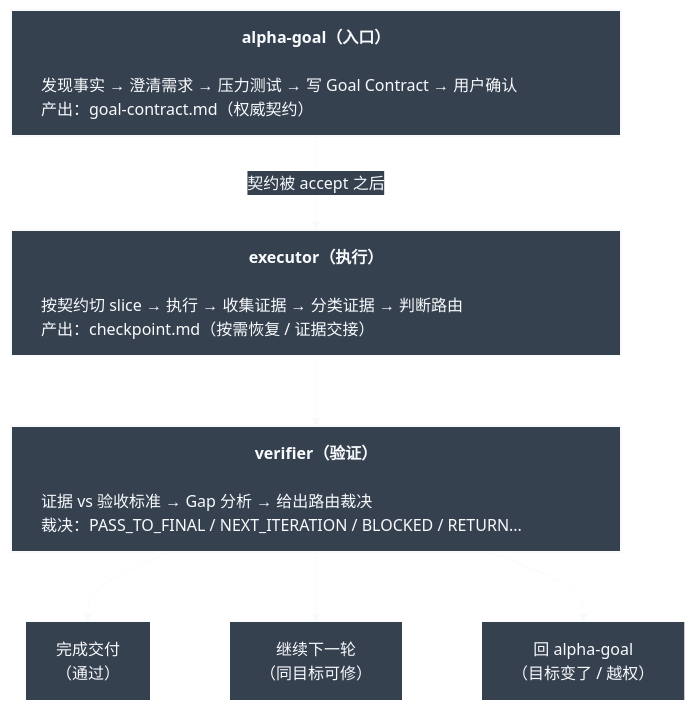
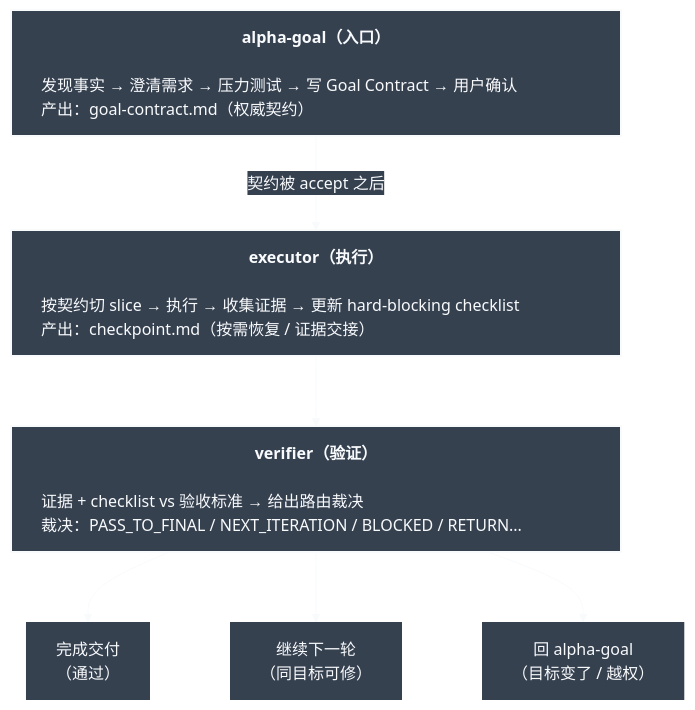
Before and after one commit to azhonglee/alpha-goal: the diagram in README.md, drawn with Mermaid. The commit also changed other lines of this file and 18 other files, not shown here.

````diff
--- a/README.md
+++ b/README.md
@@ -42,18 +42,18 @@
 ```mermaid
 %%{init: {"theme":"base","flowchart":{"wrappingWidth":500,"nodeSpacing":80,"rankSpacing":70,"htmlLabels":true},"markdownAutoWrap":false,"themeVariables":{"background":"#364150","primaryColor":"#364150","primaryTextColor":"#f8fafc","primaryBorderColor":"#f8fafc","lineColor":"#f8fafc","edgeLabelBackground":"#364150","fontFamily":"ui-monospace, SFMono-Regular, Menlo, Monaco, Consolas, monospace"}}}%%
 flowchart TD
   AG["<div align='center'><strong>alpha-goal（入口）</strong></div><div align='left' style='width:550px'><br/>发现事实 → 澄清需求 → 压力测试 → 写 Goal Contract → 用户确认<br/>产出：goal-contract.md（权威契约）</div>"]
-  CL["<div align='center'><strong>executor（执行）</strong></div><div align='left' style='width:550px'><br/>按契约切 slice → 执行 → 收集证据 → 分类证据 → 判断路由<br/>产出：checkpoint.md（按需恢复 / 证据交接）</div>"]
-  GV["<div align='center'><strong>verifier（验证）</strong></div><div align='left' style='width:550px'><br/>证据 vs 验收标准 → Gap 分析 → 给出路由裁决<br/>裁决：PASS_TO_FINAL / NEXT_ITERATION / BLOCKED / RETURN...</div>"]
+  CL["<div align='center'><strong>executor（执行）</strong></div><div align='left' style='width:550px'><br/>按契约切 slice → 执行 → 收集证据 → 更新 hard-blocking checklist<br/>产出：checkpoint.md（按需恢复 / 证据交接）</div>"]
+  GV["<div align='center'><strong>verifier（验证）</strong></div><div align='left' style='width:550px'><br/>证据 + checklist vs 验收标准 → 给出路由裁决<br/>裁决：PASS_TO_FINAL / NEXT_ITERATION / BLOCKED / RETURN...</div>"]
 
   AG -->|"契约被 accept 之后"| CL
   CL --> GV
   GV --> Pass["完成交付<br/>（通过）"]
   GV --> Next["继续下一轮<br/>（同目标可修）"]
   GV --> Return["回 alpha-goal<br/>（目标变了 / 越权）"]
 
   classDef stage fill:#364150,stroke:#f8fafc,color:#f8fafc,stroke-width:2px;
   classDef route fill:#364150,stroke:#364150,color:#f8fafc,stroke-width:0px;
   class AG,CL,GV stage;
   class Pass,Next,Return route;
 ```
````
